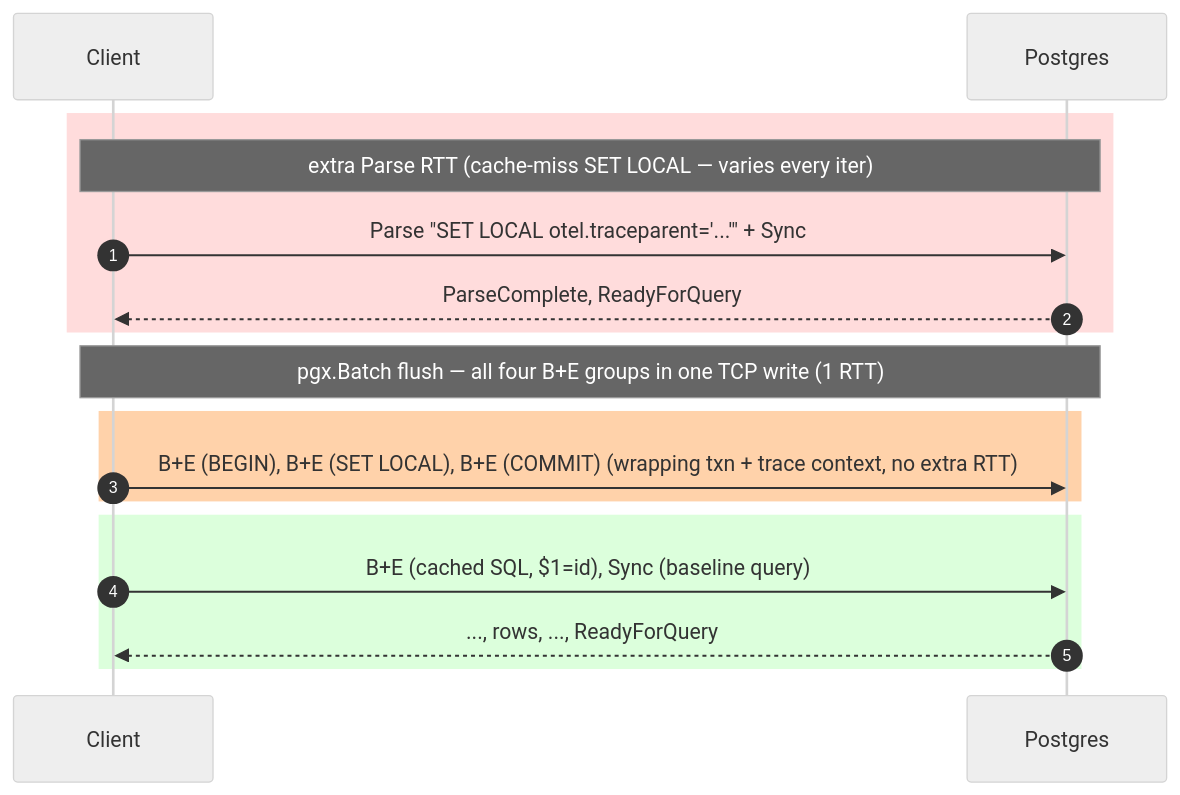
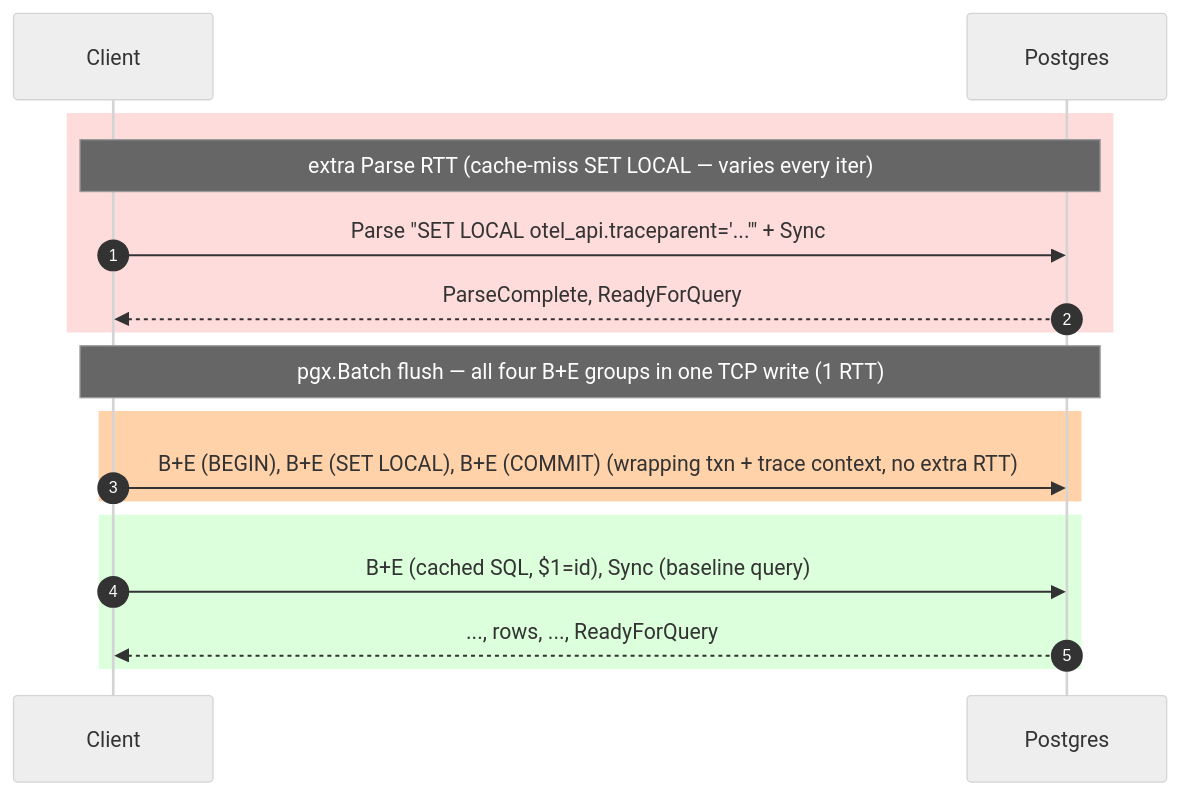
Before and after one commit to ringerc/postgres_otel_tracing_bench: the sixth of 8 diagrams in README.md, drawn with Mermaid (neutral theme). The commit also changed other lines of this file and 4 other files, not shown here.

First line of the commit message:
adapt to otel_api GUC rename: SET otel.traceparent -> SET otel_api.traceparent

````diff
--- a/README.md
+++ b/README.md
@@ -521,19 +521,19 @@
 ```mermaid
 sequenceDiagram
     autonumber
     participant C as Client
     participant S as Postgres
     rect rgb(255,220,220)
     Note over C,S: extra Parse RTT (cache-miss SET LOCAL — varies every iter)
-    C->>S: Parse "SET LOCAL otel.traceparent='...'" + Sync
+    C->>S: Parse "SET LOCAL otel_api.traceparent='...'" + Sync
     S-->>C: ParseComplete, ReadyForQuery
     end
     Note over C,S: pgx.Batch flush — all four B+E groups in one TCP write (1 RTT)
     rect rgb(255,210,170)
     C->>S: B+E (BEGIN), B+E (SET LOCAL), B+E (COMMIT) (wrapping txn + trace context, no extra RTT)
     end
     rect rgb(220,255,220)
     C->>S: B+E (cached SQL, $1=id), Sync (baseline query)
     S-->>C: ..., rows, ..., ReadyForQuery
     end
 ```
````
